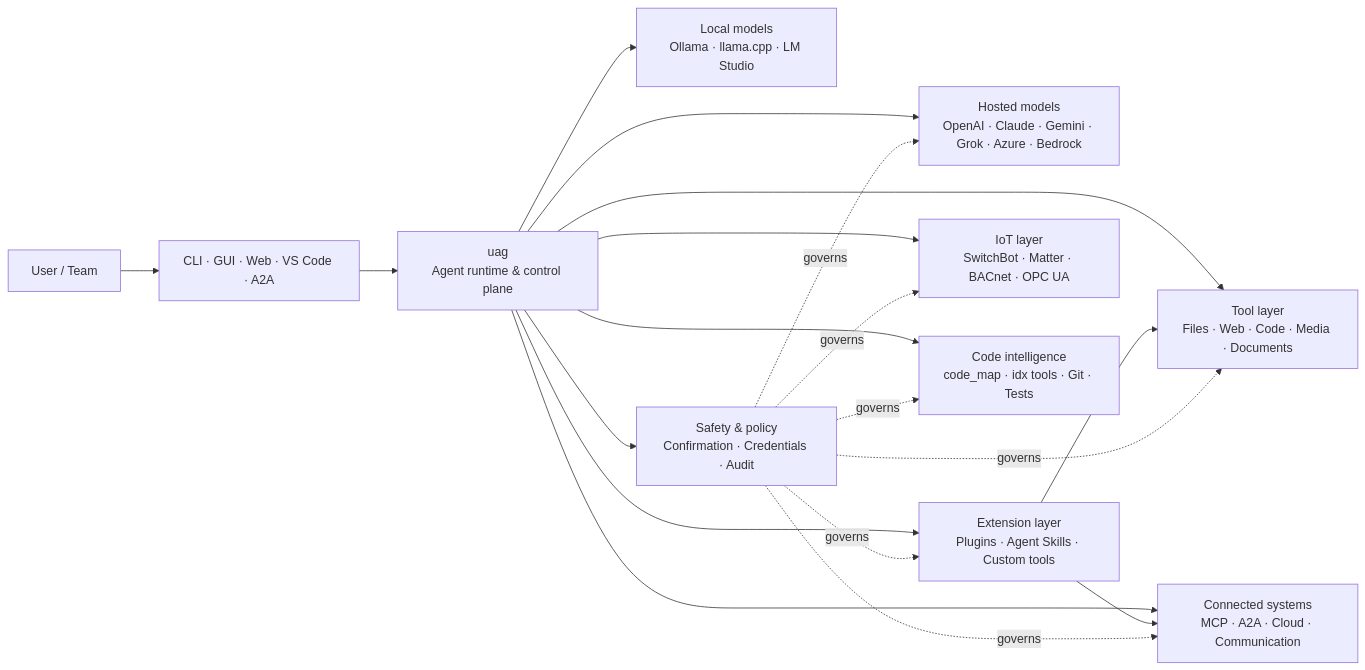
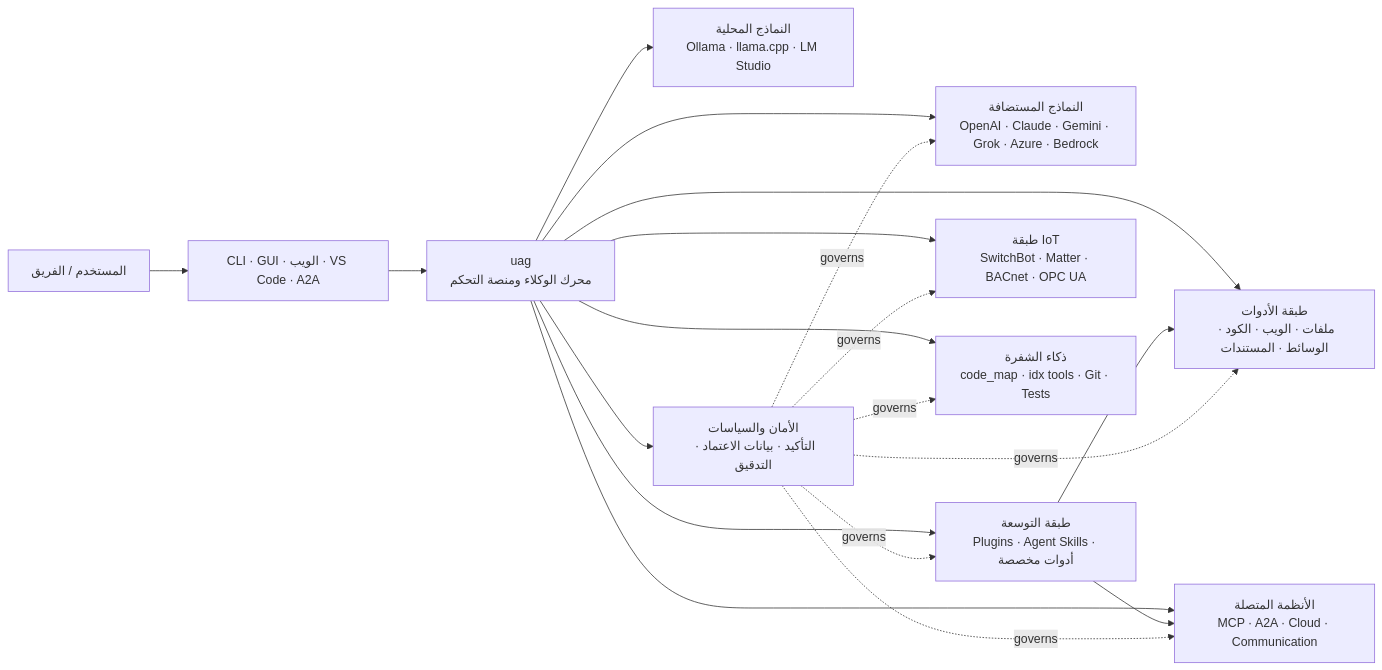
The diagram in docs/README.ar.md (awaku7/agentcli), drawn with Mermaid before and after one commit. The commit also changed other lines of this file and 43 other files, not shown here.

````diff
--- a/docs/README.ar.md
+++ b/docs/README.ar.md
@@ -48,33 +48,33 @@
 ```mermaid
 flowchart LR
-    U[User / Team]
-    I[CLI · GUI · Web · VS Code · A2A]
-    G[uag<br/>Agent runtime & control plane]
-    P[Hosted models<br/>OpenAI · Claude · Gemini · Grok · Azure · Bedrock]
-    L[Local models<br/>Ollama · llama.cpp · LM Studio]
-    T[Tool layer<br/>Files · Web · Code · Media · Documents]
-    E[Extension layer<br/>Plugins · Agent Skills · Custom tools]
-    X[Connected systems<br/>MCP · A2A · Cloud · Communication]
-    D[IoT layer<br/>SwitchBot · Matter · BACnet · OPC UA]
-    R[Code intelligence<br/>code_map · idx tools · Git · Tests]
-    S[Safety & policy<br/>Confirmation · Credentials · Audit]
+    U[المستخدم / الفريق]
+    I[CLI · GUI · الويب · VS Code · A2A]
+    G[uag<br/>محرك الوكلاء ومنصة التحكم]
+    P[النماذج المستضافة<br/>OpenAI · Claude · Gemini · Grok · Azure · Bedrock]
+    L[النماذج المحلية<br/>Ollama · llama.cpp · LM Studio]
+    T[طبقة الأدوات<br/>ملفات · الويب · الكود · الوسائط · المستندات]
+    E[طبقة التوسعة<br/>Plugins · Agent Skills · أدوات مخصصة]
+    X[الأنظمة المتصلة<br/>MCP · A2A · Cloud · Communication]
+    D[طبقة IoT<br/>SwitchBot · Matter · BACnet · OPC UA]
+    R[ذكاء الشفرة<br/>code_map · idx tools · Git · Tests]
+    S[الأمان والسياسات<br/>التأكيد · بيانات الاعتماد · التدقيق]
 
     U --> I
     I --> G
     G --> P
     G --> L
     G --> T
     G --> E
     G --> X
     G --> D
     G --> R
     G --> S
     E --> T
     E --> X
     S -. governs .-> P
     S -. governs .-> T
     S -. governs .-> E
     S -. governs .-> X
     S -. governs .-> D
     S -. governs .-> R
 ```
````
